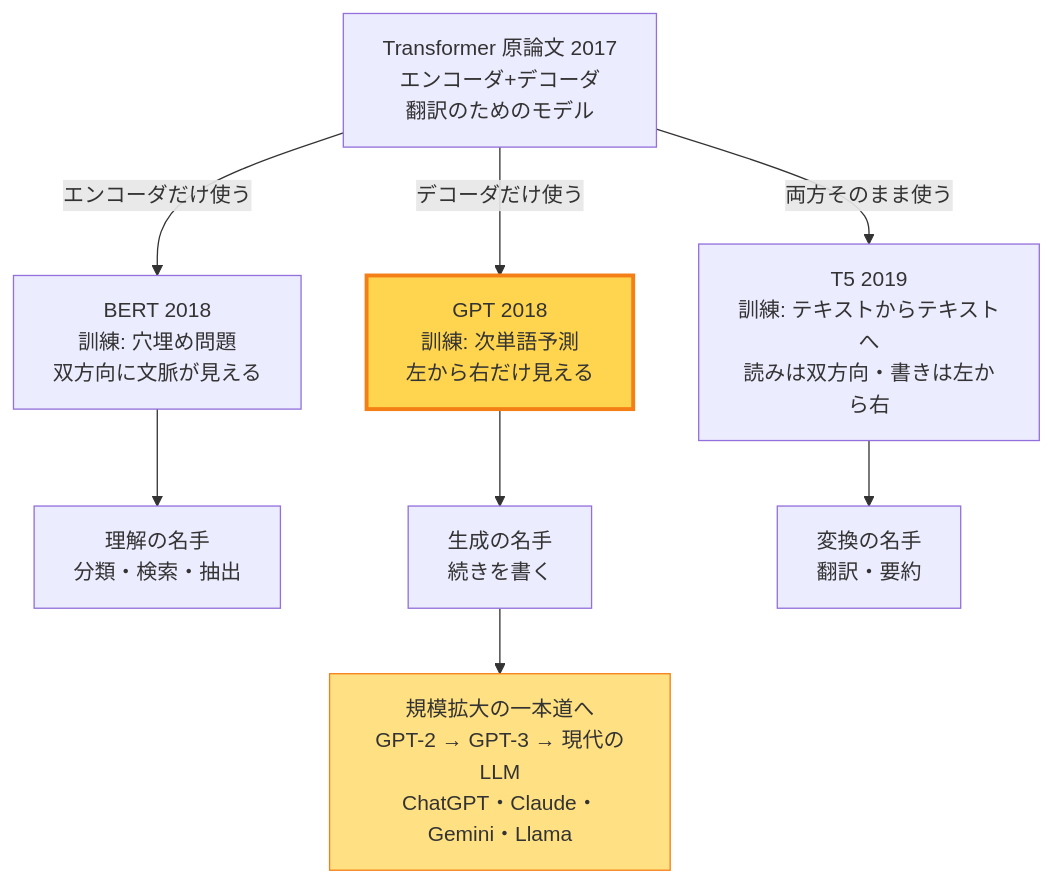
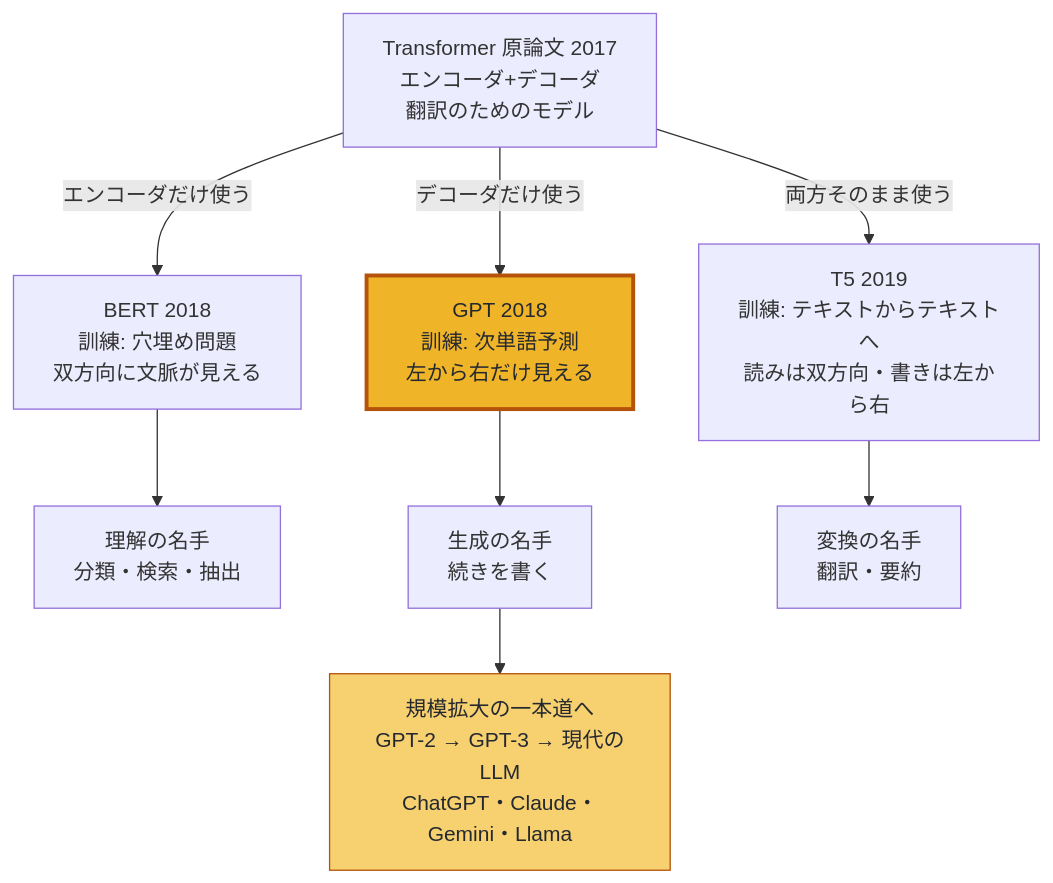
The first of 2 diagrams in 11-bert-gpt-t5.md (shin4488/learning-transformer), drawn with Mermaid before and after one commit. The commit also changed other lines of this file and 16 other files, not shown here.

````diff
--- a/11-bert-gpt-t5.md
+++ b/11-bert-gpt-t5.md
@@ -295,13 +292,13 @@
 ```mermaid
 graph TD
     O["Transformer 原論文 2017<br>エンコーダ+デコーダ<br>翻訳のためのモデル"]
     O -->|エンコーダだけ使う| B["BERT 2018<br>訓練: 穴埋め問題<br>双方向に文脈が見える"]
     O -->|デコーダだけ使う| G["GPT 2018<br>訓練: 次単語予測<br>左から右だけ見える"]
     O -->|両方そのまま使う| T["T5 2019<br>訓練: テキストからテキストへ<br>読みは双方向・書きは左から右"]
     B --> B2["理解の名手<br>分類・検索・抽出"]
     G --> G2["生成の名手<br>続きを書く"]
     T --> T2["変換の名手<br>翻訳・要約"]
     G2 --> L["規模拡大の一本道へ<br>GPT-2 → GPT-3 → 現代のLLM<br>ChatGPT・Claude・Gemini・Llama"]
-    style G fill:#ffd54f,stroke:#f57f17,stroke-width:3px
-    style L fill:#ffe082,stroke:#f57f17
+    style G fill:#f0b429,stroke:#b45309,stroke-width:3px,color:#24292f
+    style L fill:#f7d070,stroke:#b45309,color:#24292f
 ```
````
